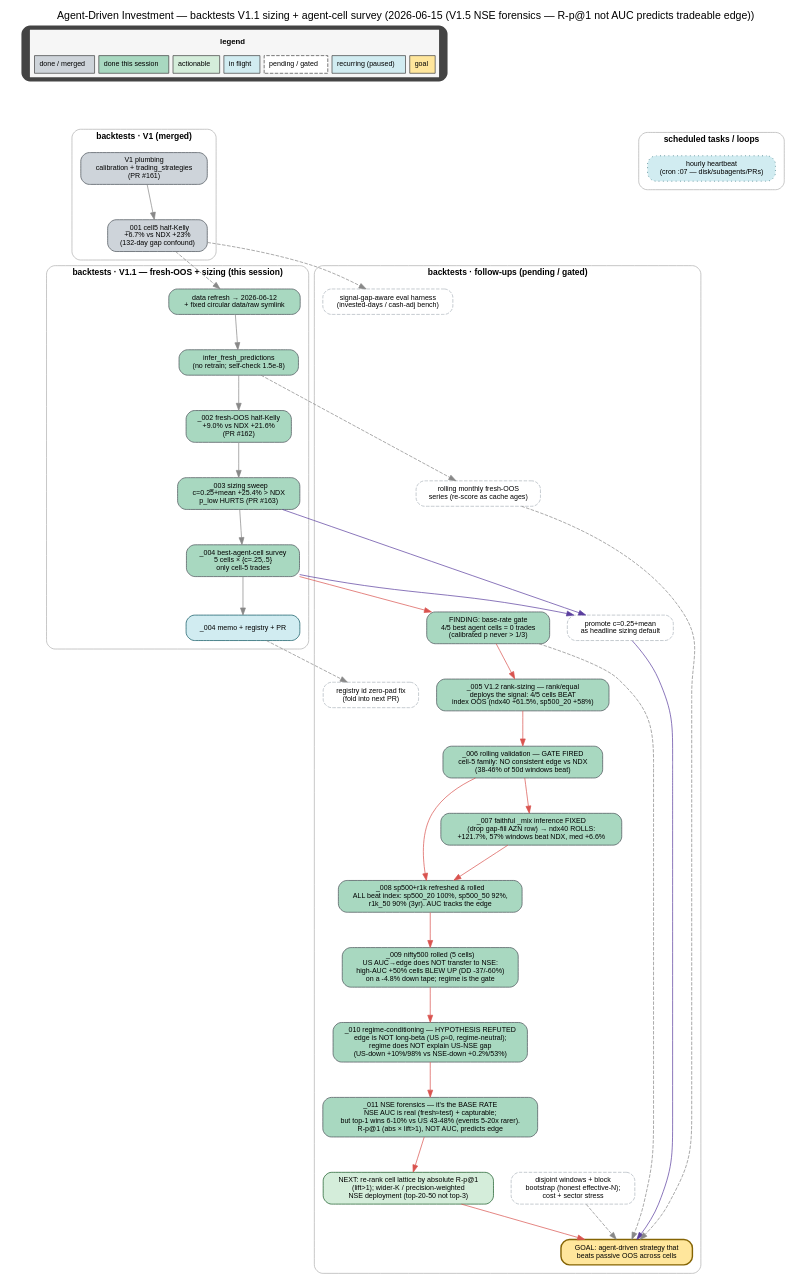
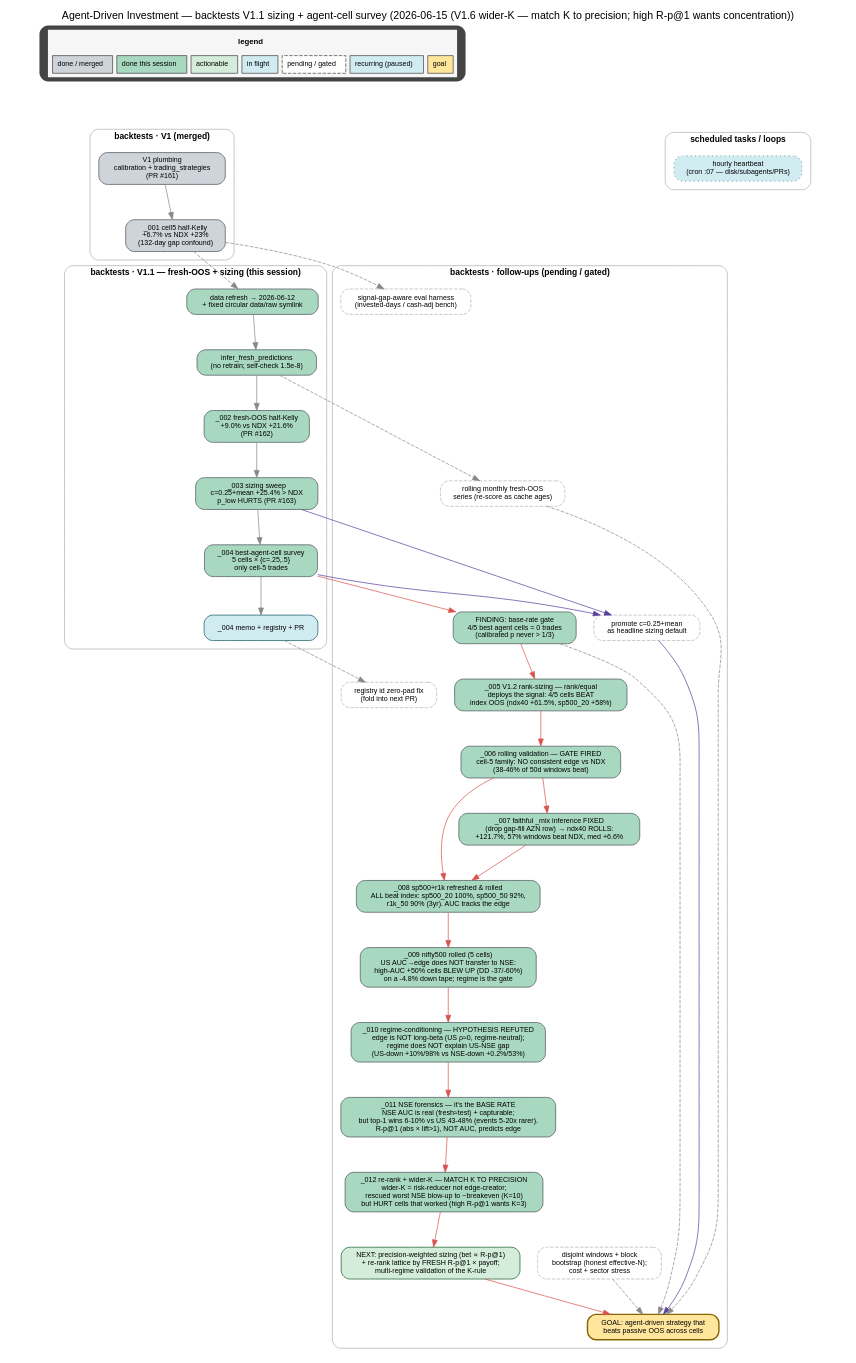
The diagram in docs/backtests/figs/deps_graph.dot (shayanrc/agent-driven-investment), drawn with Graphviz before and after one commit. The commit also changed 53 other files, not shown here.

```diff
--- a/docs/backtests/figs/deps_graph.dot
+++ b/docs/backtests/figs/deps_graph.dot
@@ -1,106 +1,108 @@
 digraph deps {
   rankdir=TB;
   newrank=true;
   graph [fontname="Helvetica", bgcolor="white", splines=true, nodesep=0.35, ranksep=0.7,
          labelloc="t", fontsize=15,
-         label="Agent-Driven Investment — backtests V1.1 sizing + agent-cell survey (2026-06-15 (V1.5 NSE forensics — R-p@1 not AUC predicts tradeable edge))"];
+         label="Agent-Driven Investment — backtests V1.1 sizing + agent-cell survey (2026-06-15 (V1.6 wider-K — match K to precision; high R-p@1 wants concentration))"];
   node [shape=box, style="rounded,filled", fontname="Helvetica", fontsize=10, margin="0.16,0.09", color="#444444"];
   edge [fontname="Helvetica", fontsize=8, color="#888888"];
 
   /* ---------- legend ---------- */
   legend [shape=plaintext, label=<
     <TABLE BORDER="0" CELLBORDER="1" CELLSPACING="6" CELLPADDING="6" BGCOLOR="#f6f6f6">
       <TR><TD COLSPAN="7" BORDER="0"><FONT FACE="Helvetica" POINT-SIZE="11"><B>legend</B></FONT></TD></TR>
       <TR>
         <TD BGCOLOR="#ced4da"><FONT FACE="Helvetica" POINT-SIZE="10">done / merged</FONT></TD>
         <TD BGCOLOR="#a8d8c0"><FONT FACE="Helvetica" POINT-SIZE="10">done this session</FONT></TD>
         <TD BGCOLOR="#d4edda"><FONT FACE="Helvetica" POINT-SIZE="10">actionable</FONT></TD>
         <TD BGCOLOR="#d1ecf1"><FONT FACE="Helvetica" POINT-SIZE="10">in flight</FONT></TD>
         <TD BGCOLOR="#ffffff" STYLE="dashed"><FONT FACE="Helvetica" POINT-SIZE="10">pending / gated</FONT></TD>
         <TD BGCOLOR="#d1ecf1"><FONT FACE="Helvetica" POINT-SIZE="10">recurring (paused)</FONT></TD>
         <TD BGCOLOR="#ffe69c"><FONT FACE="Helvetica" POINT-SIZE="10">goal</FONT></TD>
       </TR>
     </TABLE>
   >];
   spacer_L [shape=point, width=0.01, style=invis];
   spacer_C [shape=point, width=0.01, style=invis];
   spacer_R [shape=point, width=0.01, style=invis];
   {rank=min;  legend;}
   {rank=same; spacer_L; spacer_C; spacer_R;}
   legend -> spacer_L [style=invis, weight=1];
   legend -> spacer_C [style=invis, weight=100];
   legend -> spacer_R [style=invis, weight=1];
 
   /* ---------- cluster: V1 (merged) ---------- */
   subgraph cluster_v1 { label="backtests · V1 (merged)"; labelloc="t"; fontsize=12; fontname="Helvetica-Bold"; style="rounded"; color="#b0b0b0"; margin=12;
     PLUMBING [label="V1 plumbing\ncalibration + trading_strategies\n(PR #161)", fillcolor="#ced4da", color="#495057"];
     M001 [label="_001 cell5 half-Kelly\n+6.7% vs NDX +23%\n(132-day gap confound)", fillcolor="#ced4da", color="#495057"];
   }
 
   /* ---------- cluster: V1.1 this session ---------- */
   subgraph cluster_session { label="backtests · V1.1 — fresh-OOS + sizing (this session)"; labelloc="t"; fontsize=12; fontname="Helvetica-Bold"; style="rounded"; color="#b0b0b0"; margin=12;
     REFRESH [label="data refresh → 2026-06-12\n+ fixed circular data/raw symlink", fillcolor="#a8d8c0", color="#495057"];
     INFER [label="infer_fresh_predictions\n(no retrain; self-check 1.5e-8)", fillcolor="#a8d8c0", color="#495057"];
     M002 [label="_002 fresh-OOS half-Kelly\n+9.0% vs NDX +21.6%\n(PR #162)", fillcolor="#a8d8c0", color="#495057"];
     M003 [label="_003 sizing sweep\nc=0.25+mean +25.4% > NDX\np_low HURTS (PR #163)", fillcolor="#a8d8c0", color="#495057"];
     M004 [label="_004 best-agent-cell survey\n5 cells × {c=.25,.5}\nonly cell-5 trades", fillcolor="#a8d8c0", color="#495057"];
     M004DOC [label="_004 memo + registry + PR", fillcolor="#d1ecf1", color="#0c5460"];
   }
 
   /* ---------- cluster: follow-ups (pending) ---------- */
   subgraph cluster_follow { label="backtests · follow-ups (pending / gated)"; labelloc="t"; fontsize=12; fontname="Helvetica-Bold"; style="rounded"; color="#b0b0b0"; margin=12;
     PROMOTE [label="promote c=0.25+mean\nas headline sizing default", fillcolor="#ffffff", color="#adb5bd", style="rounded,filled,dashed"];
     BREAKEVEN [label="FINDING: base-rate gate\n4/5 best agent cells = 0 trades\n(calibrated p never > 1/3)", fillcolor="#a8d8c0", color="#495057"];
     RANKSIZE [label="_005 V1.2 rank-sizing — rank/equal\ndeploys the signal: 4/5 cells BEAT\nindex OOS (ndx40 +61.5%, sp500_20 +58%)", fillcolor="#a8d8c0", color="#495057"];
     ROLLVAL [label="_006 rolling validation — GATE FIRED\ncell-5 family: NO consistent edge vs NDX\n(38-46% of 50d windows beat)", fillcolor="#a8d8c0", color="#495057"];
     FAITHFUL [label="_007 faithful _mix inference FIXED\n(drop gap-fill AZN row) → ndx40 ROLLS:\n+121.7%, 57% windows beat NDX, med +6.6%", fillcolor="#a8d8c0", color="#495057"];
     UNIREFRESH [label="_008 sp500+r1k refreshed & rolled\nALL beat index: sp500_20 100%, sp500_50 92%,\nr1k_50 90% (3yr). AUC tracks the edge", fillcolor="#a8d8c0", color="#495057"];
     NIFTY [label="_009 nifty500 rolled (5 cells)\nUS AUC→edge does NOT transfer to NSE:\nhigh-AUC +50% cells BLEW UP (DD -37/-60%)\non a -4.8% down tape; regime is the gate", fillcolor="#a8d8c0", color="#495057"];
     REGIME [label="_010 regime-conditioning — HYPOTHESIS REFUTED\nedge is NOT long-beta (US ρ≈0, regime-neutral);\nregime does NOT explain US-NSE gap\n(US-down +10%/98% vs NSE-down +0.2%/53%)", fillcolor="#a8d8c0", color="#495057"];
     FORENSICS [label="_011 NSE forensics — it's the BASE RATE\nNSE AUC is real (fresh≈test) + capturable;\nbut top-1 wins 6-10% vs US 43-48% (events 5-20x rarer).\nR-p@1 (abs × lift>1), NOT AUC, predicts edge", fillcolor="#a8d8c0", color="#495057"];
-    RERANK [label="NEXT: re-rank cell lattice by absolute R-p@1\n(lift>1); wider-K / precision-weighted\nNSE deployment (top-20-50 not top-3)", fillcolor="#d4edda", color="#155724"];
+    RERANK [label="_012 re-rank + wider-K — MATCH K TO PRECISION\nwider-K = risk-reducer not edge-creator;\nrescued worst NSE blow-up to ~breakeven (K=10)\nbut HURT cells that worked (high R-p@1 wants K=3)", fillcolor="#a8d8c0", color="#495057"];
+    PRECW [label="NEXT: precision-weighted sizing (bet ∝ R-p@1)\n+ re-rank lattice by FRESH R-p@1 × payoff;\nmulti-regime validation of the K-rule", fillcolor="#d4edda", color="#155724"];
     BOOTSTRAP [label="disjoint windows + block\nbootstrap (honest effective-N);\ncost + sector stress", fillcolor="#ffffff", color="#adb5bd", style="rounded,filled,dashed"];
     ROLLING [label="rolling monthly fresh-OOS\nseries (re-score as cache ages)", fillcolor="#ffffff", color="#adb5bd", style="rounded,filled,dashed"];
     GAPEVAL [label="signal-gap-aware eval harness\n(invested-days / cash-adj bench)", fillcolor="#ffffff", color="#adb5bd", style="rounded,filled,dashed"];
     IDFIX [label="registry id zero-pad fix\n(fold into next PR)", fillcolor="#ffffff", color="#adb5bd", style="rounded,filled,dashed"];
     GOAL [label="GOAL: agent-driven strategy that\nbeats passive OOS across cells", fillcolor="#ffe69c", color="#856404", penwidth=2];
   }
 
   /* ---------- cluster: scheduled ---------- */
   subgraph cluster_sched { label="scheduled tasks / loops"; labelloc="t"; fontsize=12; fontname="Helvetica-Bold"; style="rounded"; color="#b0b0b0"; margin=12;
     WAKE [label="hourly heartbeat\n(cron :07 — disk/subagents/PRs)", fillcolor="#d1ecf1", color="#0c5460", style="rounded,filled,dotted"];
   }
 
   /* anchors: every cluster top node pulled from a spacer */
   spacer_L -> PLUMBING [style=invis, weight=100];
   spacer_C -> REFRESH  [style=invis, weight=100];
   spacer_R -> PROMOTE  [style=invis, weight=100];
   spacer_R -> WAKE     [style=invis, weight=20];
 
   /* ---------- dependency edges ---------- */
   PLUMBING -> M001;
   M001 -> REFRESH [style=dashed];
   REFRESH -> INFER -> M002 -> M003;
   M003 -> M004;
   M004 -> M004DOC;
   M003 -> PROMOTE [color="#5a3e9e"];
   M004 -> PROMOTE [color="#5a3e9e"];
   M004 -> BREAKEVEN [color="#d9534f"];
   BREAKEVEN -> RANKSIZE [color="#d9534f"];
   RANKSIZE -> ROLLVAL [color="#d9534f"];
   ROLLVAL -> FAITHFUL [color="#d9534f"];
   ROLLVAL -> UNIREFRESH [color="#d9534f"];
   FAITHFUL -> UNIREFRESH [color="#d9534f"];
   UNIREFRESH -> NIFTY [color="#d9534f"];
   NIFTY -> REGIME [color="#d9534f"];
   REGIME -> FORENSICS [color="#d9534f"];
   FORENSICS -> RERANK [color="#d9534f"];
-  RERANK -> GOAL [color="#d9534f"];
+  RERANK -> PRECW [color="#d9534f"];
+  PRECW -> GOAL [color="#d9534f"];
   BOOTSTRAP -> GOAL [style=dashed];
   INFER -> ROLLING [style=dashed];
   M001 -> GAPEVAL [style=dashed];
   M004DOC -> IDFIX [style=dashed];
   PROMOTE -> GOAL [color="#5a3e9e"];
   ROLLING -> GOAL [style=dashed];
   BREAKEVEN -> GOAL [style=dashed];
 }
```
